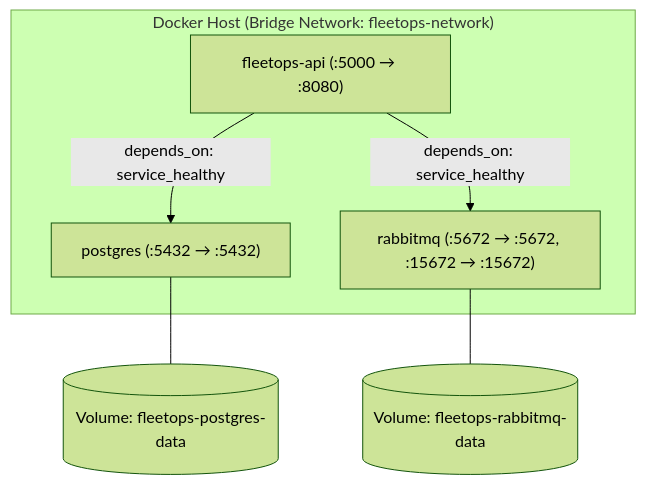
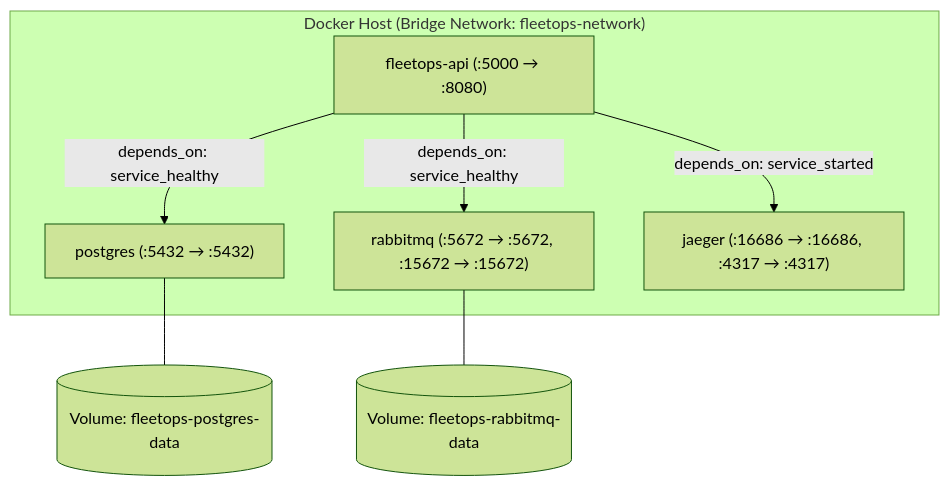
The seventh of 16 diagrams in README.md (DevYuriVieira/fleetops-api), drawn with Mermaid (forest theme) before and after one commit. The commit also changed other lines of this file, not shown here.

````diff
--- a/README.md
+++ b/README.md
@@ -750,13 +889,15 @@
 ```mermaid
 graph TD
     subgraph Host ["Docker Host (Bridge Network: fleetops-network)"]
         API["fleetops-api (:5000 &rarr; :8080)"]
         PG["postgres (:5432 &rarr; :5432)"]
         RMQ["rabbitmq (:5672 &rarr; :5672, :15672 &rarr; :15672)"]
+        Jaeger["jaeger (:16686 &rarr; :16686, :4317 &rarr; :4317)"]
     end
     
     API -->|"depends_on: service_healthy"| PG
     API -->|"depends_on: service_healthy"| RMQ
+    API -->|"depends_on: service_started"| Jaeger
     PG --- VolPG[("Volume: fleetops-postgres-data")]
     RMQ --- VolRMQ[("Volume: fleetops-rabbitmq-data")]
 ```
````
